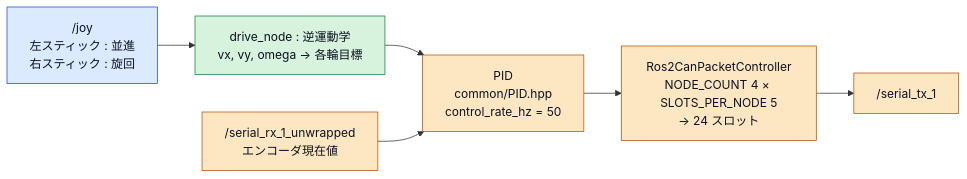
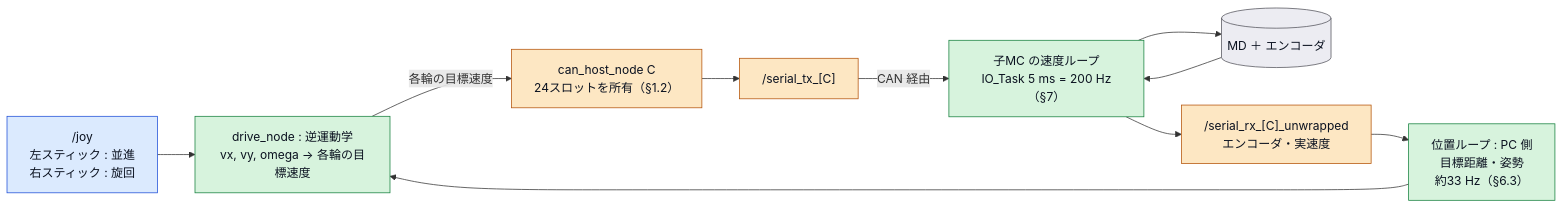
One commit to RRST-NHK-Project/Harurobo27-Sakuraou changed the fifth of 7 diagrams in Docs/program_structure.md. Above: the diagram before and after it, drawn with Mermaid. The commit also changed other lines of this file, not shown here.

Commit message:
構造図を3ホスト構成に更新

````diff
--- a/Docs/program_structure.md
+++ b/Docs/program_structure.md
@@ -218,24 +602,31 @@
 ```mermaid
 flowchart LR
   joy["/joy<br/>左スティック : 並進<br/>右スティック : 旋回"]
-  ik["drive_node : 逆運動学<br/>vx, vy, omega → 各輪目標"]
-  pid["PID<br/>common/PID.hpp<br/>control_rate_hz = 50"]
-  pack["Ros2CanPacketController<br/>NODE_COUNT 4 × SLOTS_PER_NODE 5<br/>→ 24 スロット"]
-  tx["/serial_tx_1"]
-  rx["/serial_rx_1_unwrapped<br/>エンコーダ現在値"]
+  pos["位置ループ : PC 側<br/>目標距離・姿勢<br/>約33 Hz（§6.3）"]
+  ik["drive_node : 逆運動学<br/>vx, vy, omega → 各輪の目標速度"]
+  pack["can_host_node C<br/>24スロットを所有（§1.2）"]
+  tx["/serial_tx_[C]"]
+  vel["子MC の速度ループ<br/>IO_Task 5 ms = 200 Hz（§7）"]
+  mot[("MD ＋ エンコーダ")]
+  rx["/serial_rx_[C]_unwrapped<br/>エンコーダ・実速度"]
 
   joy --> ik
-  ik --> pid
-  pid --> pack
+  pos --> ik
+  ik -- "各輪の目標速度" --> pack
   pack --> tx
-  rx --> pid
+  tx -- "CAN 経由" --> vel
+  vel --> mot
+  mot --> vel
+  vel --> rx
+  rx --> pos
 
   %% ===== 色分け: 青=ROS 2 固定 / 橙=fork 元固定 / 緑=桜凰で決める / 灰=物理 =====
   classDef ros2 fill:#dbeafe,stroke:#1d4ed8,stroke-width:1px,color:#0b1220
   classDef fork fill:#fde7c3,stroke:#b45309,stroke-width:1px,color:#0b1220
   classDef ours fill:#d7f3dd,stroke:#15803d,stroke-width:1px,color:#0b1220
   classDef hw fill:#ececf2,stroke:#52525b,stroke-width:1px,color:#0b1220
   class joy ros2
-  class pid,pack,tx,rx fork
-  class ik ours
+  class pack,tx,rx fork
+  class pos,ik,vel ours
+  class mot hw
 ```
````
